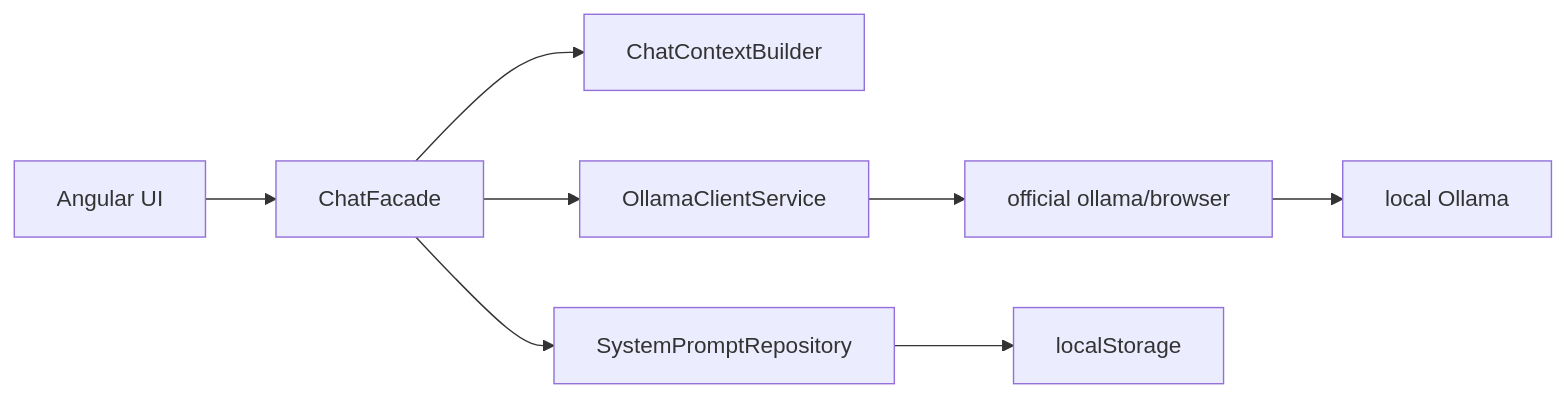
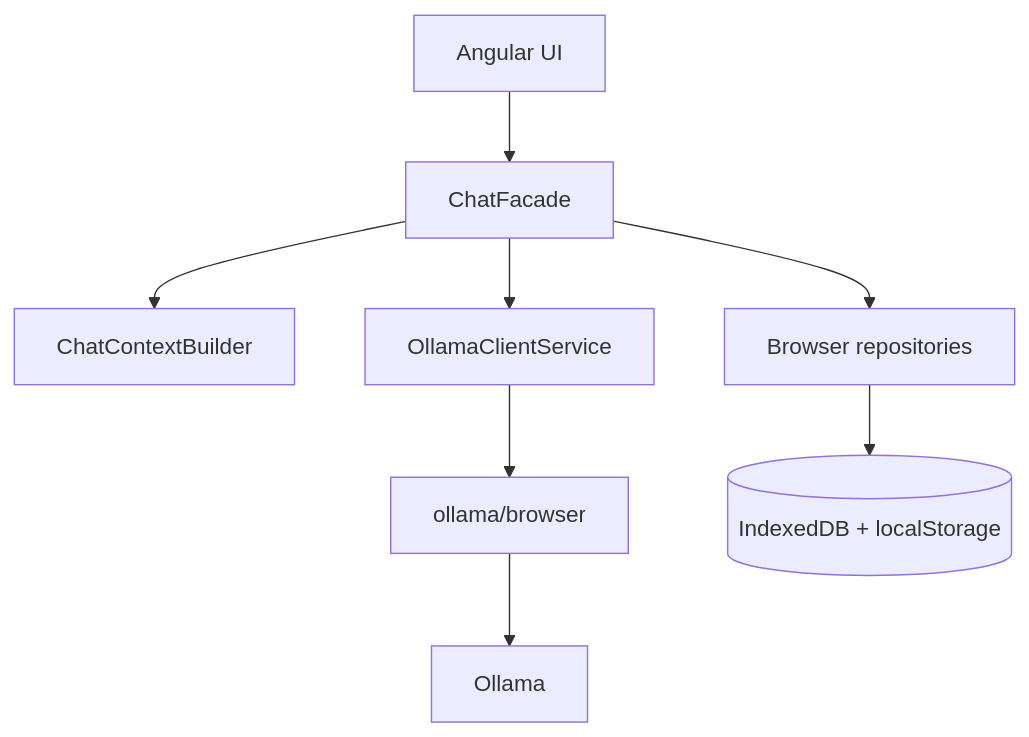
Before and after one commit to kereszteszsolt/local-nook-ai: the diagram in README.md, drawn with Mermaid. The commit also changed other lines of this file and 3 other files, not shown here.

````diff
--- a/README.md
+++ b/README.md
@@ -21,10 +85,10 @@
 ```mermaid
-flowchart LR
+flowchart TD
     UI[Angular UI] --> F[ChatFacade]
     F --> C[ChatContextBuilder]
     F --> O[OllamaClientService]
-    O --> SDK[official ollama/browser]
-    SDK --> LOCAL[local Ollama]
-    F --> P[SystemPromptRepository]
-    P --> LS[localStorage]
+    O --> SDK[ollama/browser]
+    SDK --> LOCAL[Ollama]
+    F --> R[Browser repositories]
+    R --> STORE[(IndexedDB + localStorage)]
 ```
````
